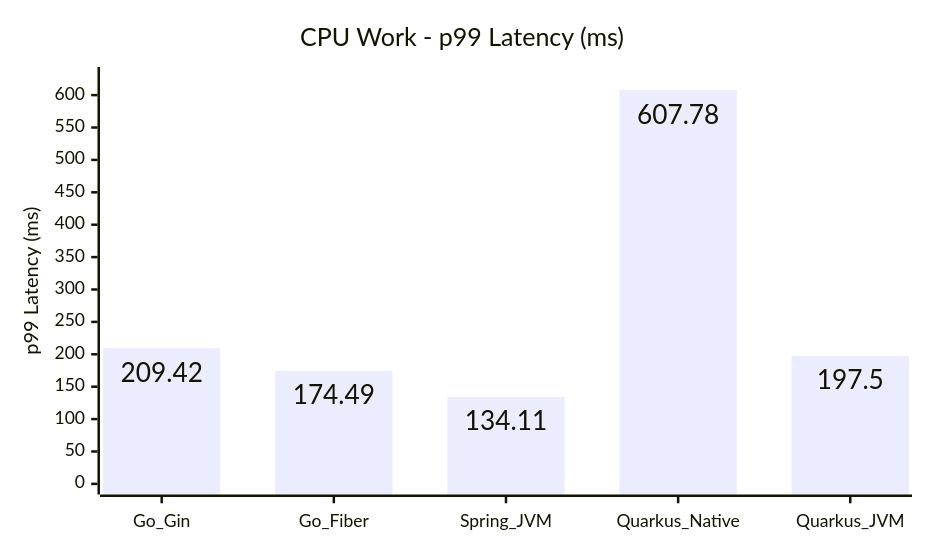
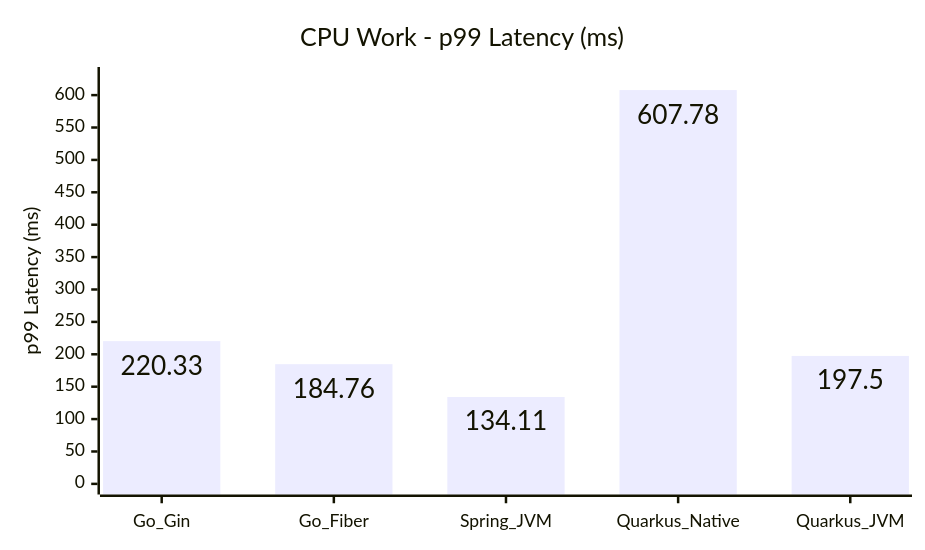
Diagram 11 of 15 in COMPARISON_REPORT.md (hiiamtin/go-vs-java), drawn with Mermaid before and after one commit. The commit also changed other lines of this file and 58 other files, not shown here.

````diff
--- a/COMPARISON_REPORT.md
+++ b/COMPARISON_REPORT.md
@@ -202,14 +202,14 @@
 ```mermaid
 ---
 config:
   xyChart:
     width: 720
     height: 420
     showDataLabel: true
 ---
 xychart
     title "CPU Work - p99 Latency (ms)"
     x-axis [Go_Gin, Go_Fiber, Spring_JVM, Quarkus_Native, Quarkus_JVM]
     y-axis "p99 Latency (ms)" 0 --> 627
-    bar [209.42, 174.49, 134.11, 607.78, 197.5]
+    bar [220.33, 184.76, 134.11, 607.78, 197.5]
 ```
````
